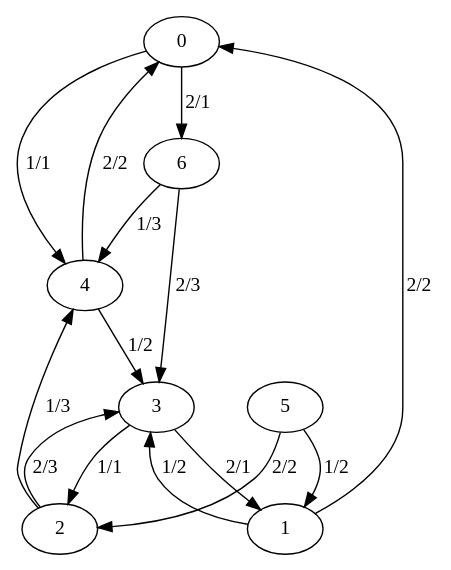
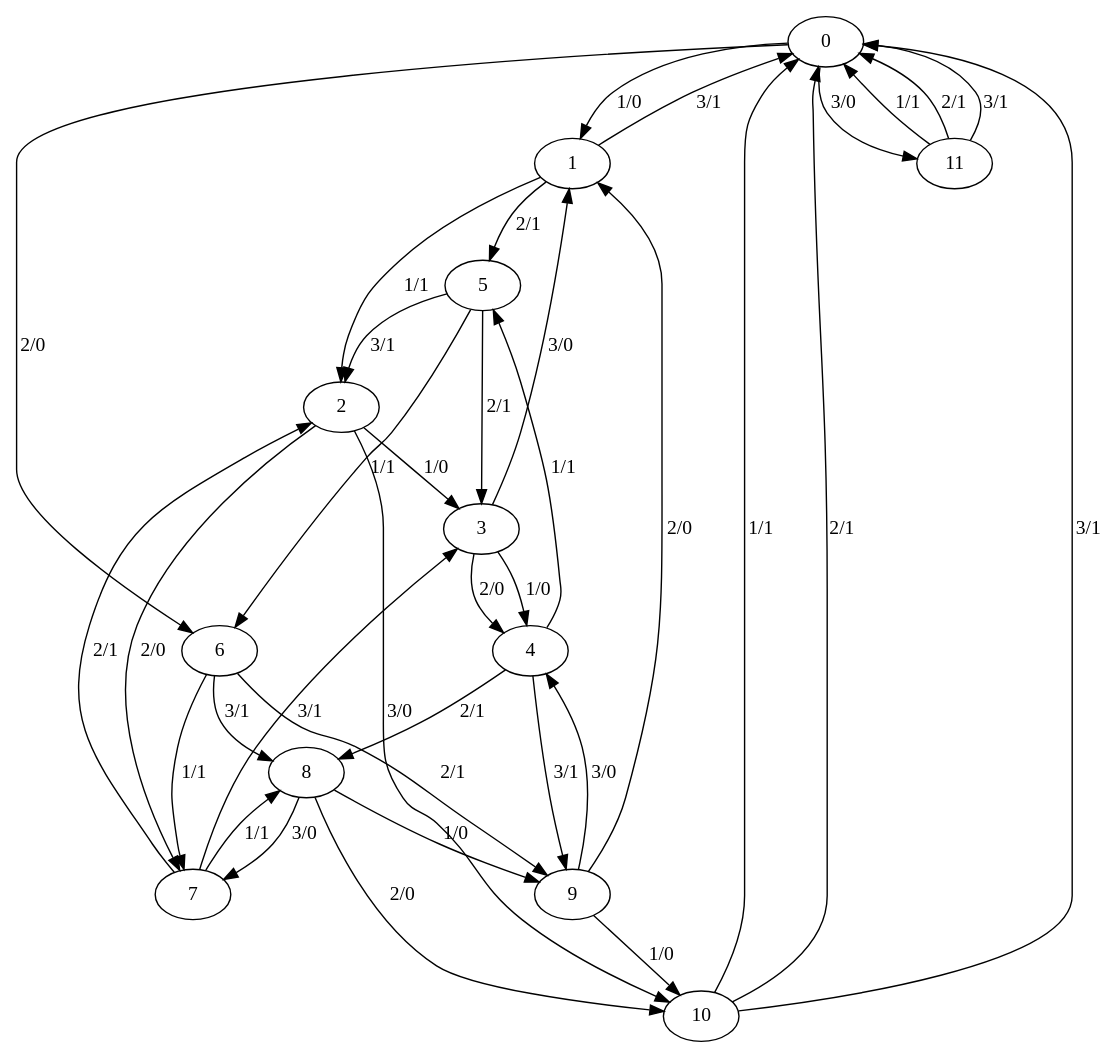
One commit to islamov-jahja/OOP_Universit changed the diagram in MinimizationAutomat/MinimizationAutomat/inMur.dot. Above: the diagram before and after it, drawn with Graphviz. The commit also changed 24 other files, not shown here.

```diff
--- a/MinimizationAutomat/MinimizationAutomat/inMur.dot
+++ b/MinimizationAutomat/MinimizationAutomat/inMur.dot
@@ -1,23 +1,50 @@
 digraph G {
 0;
 1;
 2;
 3;
 4;
 5;
 6;
-0->4  [label="1/1", weight="1/1"];
-0->6  [label="2/1", weight="2/1"];
-1->3  [label="1/2", weight="1/2"];
-1->0  [label="2/2", weight="2/2"];
-2->4  [label="1/3", weight="1/3"];
-2->3  [label="2/3", weight="2/3"];
-3->2  [label="1/1", weight="1/1"];
-3->1  [label="2/1", weight="2/1"];
-4->3  [label="1/2", weight="1/2"];
-4->0  [label="2/2", weight="2/2"];
-5->1  [label="1/2", weight="1/2"];
-5->2  [label="2/2", weight="2/2"];
-6->4  [label="1/3", weight="1/3"];
-6->3  [label="2/3", weight="2/3"];
+7;
+8;
+9;
+10;
+11;
+0->1  [label="1/0", weight="1/0"];
+0->6  [label="2/0", weight="2/0"];
+0->11  [label="3/0", weight="3/0"];
+1->2  [label="1/1", weight="1/1"];
+1->5  [label="2/1", weight="2/1"];
+1->0  [label="3/1", weight="3/1"];
+2->3  [label="1/0", weight="1/0"];
+2->7  [label="2/0", weight="2/0"];
+2->10  [label="3/0", weight="3/0"];
+3->4  [label="1/0", weight="1/0"];
+3->4  [label="2/0", weight="2/0"];
+3->1  [label="3/0", weight="3/0"];
+4->5  [label="1/1", weight="1/1"];
+4->8  [label="2/1", weight="2/1"];
+4->9  [label="3/1", weight="3/1"];
+5->6  [label="1/1", weight="1/1"];
+5->3  [label="2/1", weight="2/1"];
+5->2  [label="3/1", weight="3/1"];
+6->7  [label="1/1", weight="1/1"];
+6->9  [label="2/1", weight="2/1"];
+6->8  [label="3/1", weight="3/1"];
+7->8  [label="1/1", weight="1/1"];
+7->2  [label="2/1", weight="2/1"];
+7->3  [label="3/1", weight="3/1"];
+8->9  [label="1/0", weight="1/0"];
+8->10  [label="2/0", weight="2/0"];
+8->7  [label="3/0", weight="3/0"];
+9->10  [label="1/0", weight="1/0"];
+9->1  [label="2/0", weight="2/0"];
+9->4  [label="3/0", weight="3/0"];
+10->0  [label="1/1", weight="1/1"];
+10->0  [label="2/1", weight="2/1"];
+10->0  [label="3/1", weight="3/1"];
+11->0  [label="1/1", weight="1/1"];
+11->0  [label="2/1", weight="2/1"];
+11->0  [label="3/1", weight="3/1"];
 }
```
